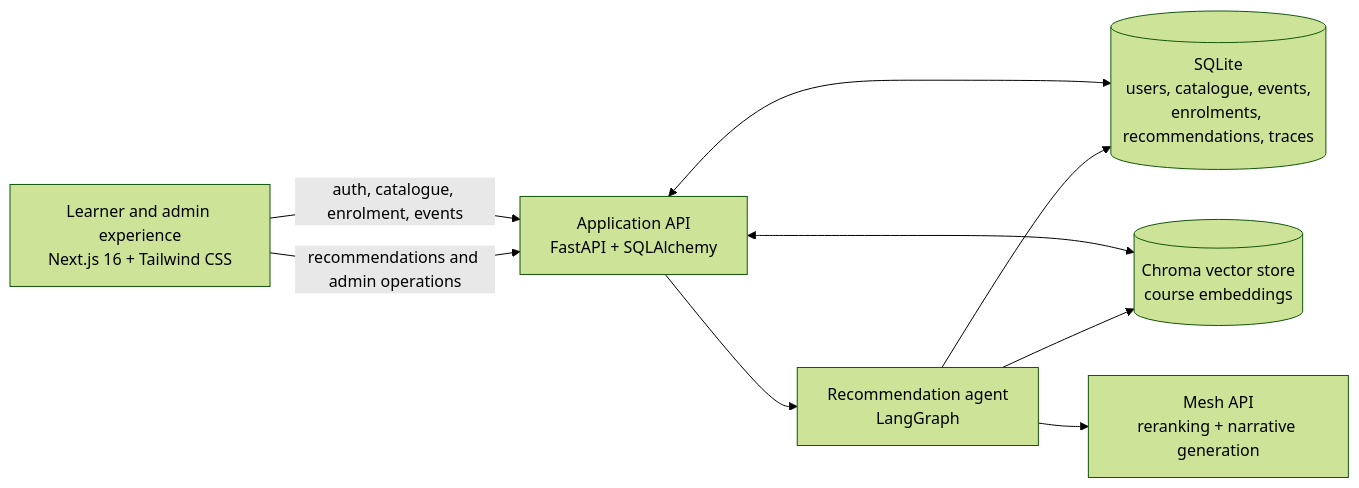
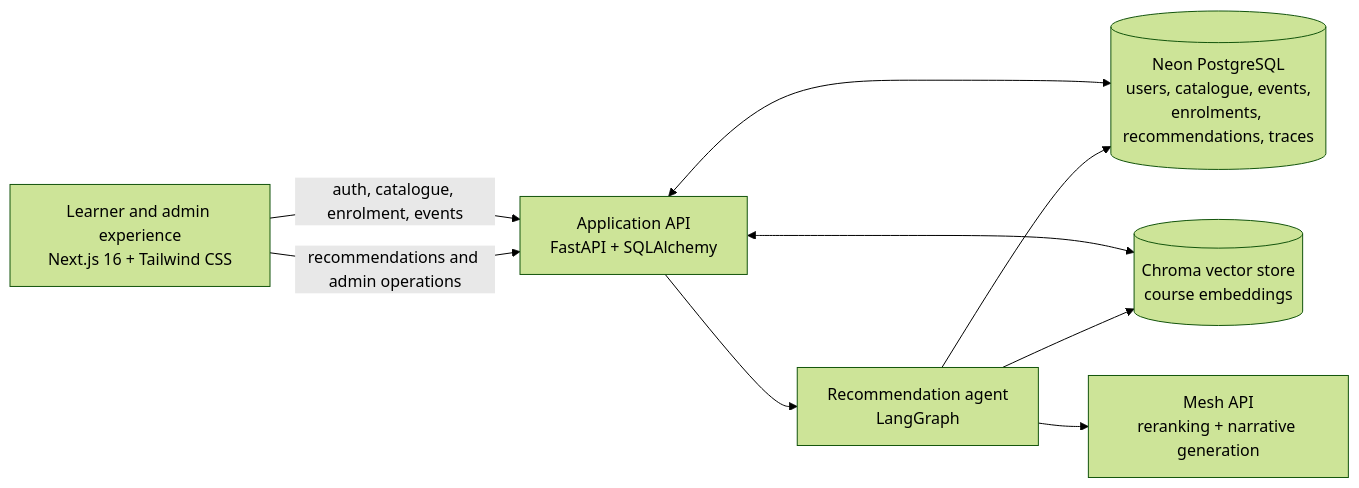
Before and after one commit to akshaykamath45/growise: the first of 2 diagrams in README.md, drawn with Mermaid (forest theme). The commit also changed other lines of this file and 28 other files, not shown here.

````diff
--- a/README.md
+++ b/README.md
@@ -36,18 +36,18 @@
 ```mermaid
 flowchart LR
     UI["Learner and admin experience<br/>Next.js 16 + Tailwind CSS"]
     API["Application API<br/>FastAPI + SQLAlchemy"]
-    DB[("SQLite<br/>users, catalogue, events,<br/>enrolments, recommendations, traces")]
+    DB[("Neon PostgreSQL<br/>users, catalogue, events,<br/>enrolments, recommendations, traces")]
     VS[("Chroma vector store<br/>course embeddings")]
     AG["Recommendation agent<br/>LangGraph"]
     MESH["Mesh API<br/>reranking + narrative generation"]
 
     UI -->|"auth, catalogue, enrolment, events"| API
     UI -->|"recommendations and admin operations"| API
     API <--> DB
     API <--> VS
     API --> AG
     AG --> DB
     AG --> VS
     AG --> MESH
 ```
````
